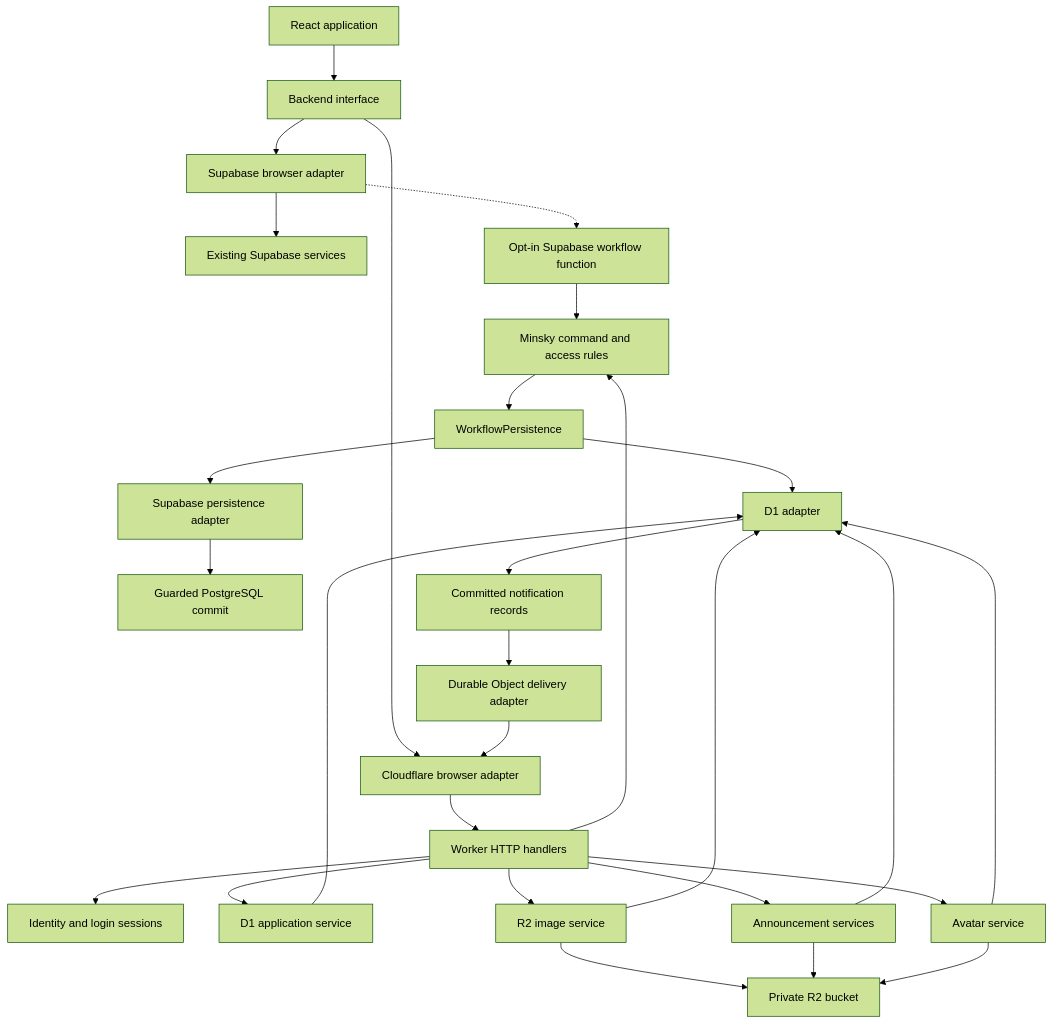
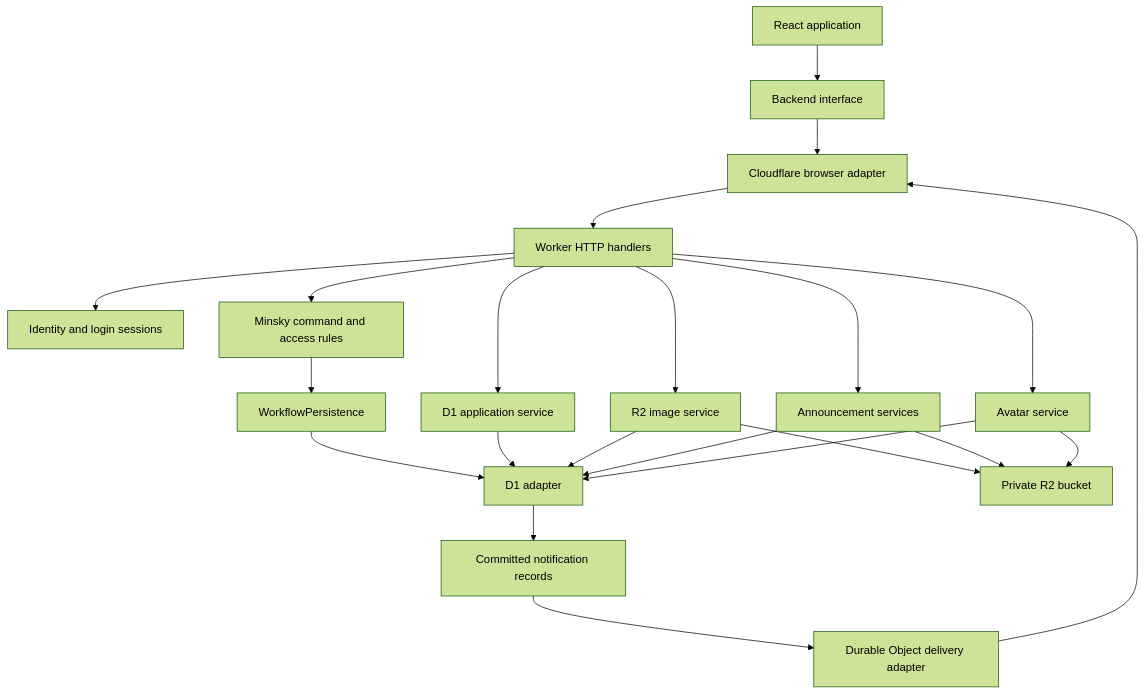
The diagram in docs/cloudflare-backend-design.md (icaic-official/contest-support), drawn with Mermaid (forest theme) before and after one commit. The commit also changed other lines of this file and 103 other files, not shown here.

````diff
--- a/docs/cloudflare-backend-design.md
+++ b/docs/cloudflare-backend-design.md
@@ -29,30 +27,24 @@
 ```mermaid
 flowchart TD
     UI[React application] --> Contract[Backend interface]
-    Contract --> SB[Supabase browser adapter]
     Contract --> CF[Cloudflare browser adapter]
-    SB --> Current[Existing Supabase services]
-    SB -.-> SF[Opt-in Supabase workflow function]
-    SF --> Domain
     CF --> API[Worker HTTP handlers]
     API --> Identity[Identity and login sessions]
     API --> Domain[Minsky command and access rules]
     Domain --> Persistence[WorkflowPersistence]
     Persistence --> D1[D1 adapter]
-    Persistence --> SP[Supabase persistence adapter]
-    SP --> PG[Guarded PostgreSQL commit]
     API --> Application[D1 application service]
     Application --> D1
     API --> Images[R2 image service]
     Images --> D1
     Images --> R2[Private R2 bucket]
     API --> Announcements[Announcement services]
     Announcements --> D1
     Announcements --> R2
     API --> Avatars[Avatar service]
     Avatars --> D1
     Avatars --> R2
     D1 --> Pending[Committed notification records]
     Pending --> Live[Durable Object delivery adapter]
     Live --> CF
 ```
````
